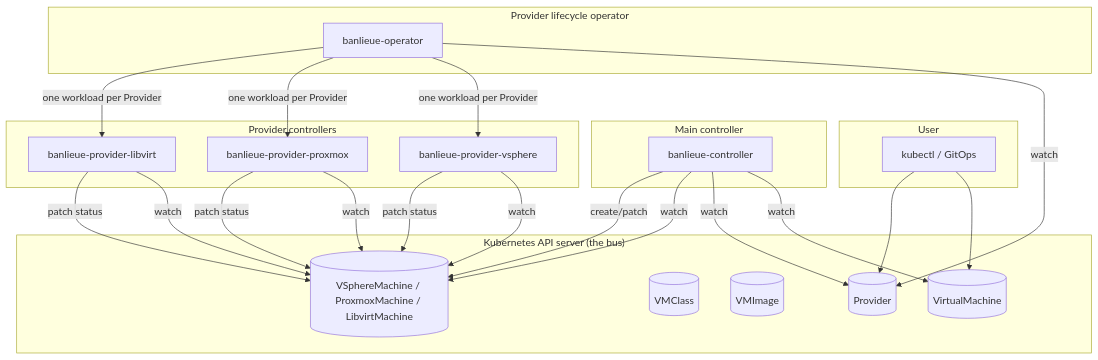
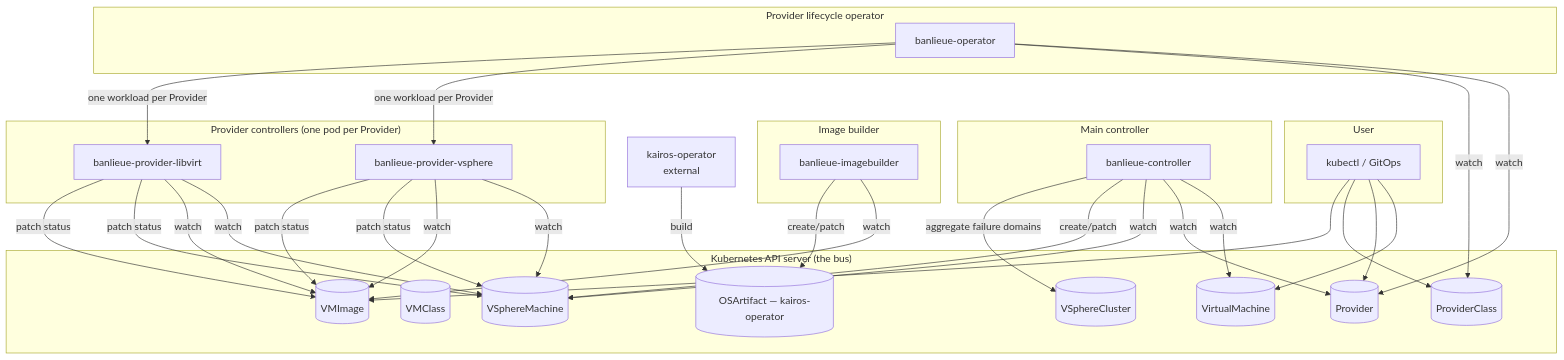
The diagram in docs/src/concepts/architecture.md (firestoned/banlieue), drawn with Mermaid before and after one commit. The commit also changed other lines of this file and 7 other files, not shown here.

````diff
--- a/docs/src/concepts/architecture.md
+++ b/docs/src/concepts/architecture.md
@@ -21,45 +21,61 @@
 ```mermaid
 flowchart TB
     subgraph User
       u[kubectl / GitOps]
     end
 
     subgraph "Kubernetes API server (the bus)"
       vm[(VirtualMachine)]
       vmc[(VMClass)]
       vmi[(VMImage)]
       prov[(Provider)]
-      infra[(VSphereMachine / ProxmoxMachine / LibvirtMachine)]
+      provc[(ProviderClass)]
+      infra[(VSphereMachine)]
+      infrac[(VSphereCluster)]
+      osa[(OSArtifact — kairos-operator)]
     end
 
     subgraph "Main controller"
       mc[banlieue-controller]
     end
 
     subgraph "Provider lifecycle operator"
       op[banlieue-operator]
     end
 
-    subgraph "Provider controllers"
+    subgraph "Image builder"
+      ib[banlieue-imagebuilder]
+    end
+
+    subgraph "Provider controllers (one pod per Provider)"
       pv[banlieue-provider-vsphere]
-      pp[banlieue-provider-proxmox]
       pl[banlieue-provider-libvirt]
     end
 
+    kairos[kairos-operator<br/>external]
+
     u --> vm
     u --> prov
+    u --> provc
+    u --> vmi
     mc -- watch --> vm
     mc -- watch --> prov
     mc -- watch --> infra
     mc -- create/patch --> infra
+    mc -- aggregate failure domains --> infrac
     op -- watch --> prov
+    op -- watch --> provc
     op -- one workload per Provider --> pv
-    op -- one workload per Provider --> pp
     op -- one workload per Provider --> pl
+    ib -- watch --> vmi
+    ib -- create/patch --> osa
+    kairos -- build --> osa
     pv -- watch --> infra
-    pp -- watch --> infra
+    pv -- watch --> vmi
     pl -- watch --> infra
+    pl -- watch --> vmi
     pv -- patch status --> infra
-    pp -- patch status --> infra
+    pv -- patch status --> vmi
     pl -- patch status --> infra
+    pl -- patch status --> vmi
 ```
````
